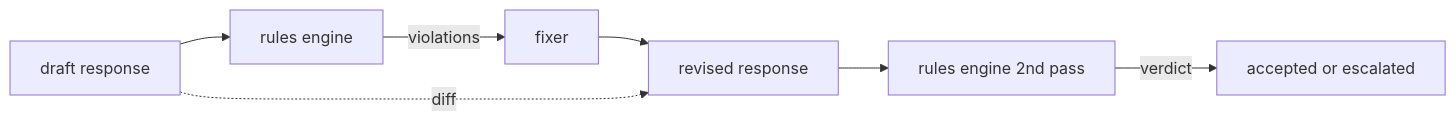
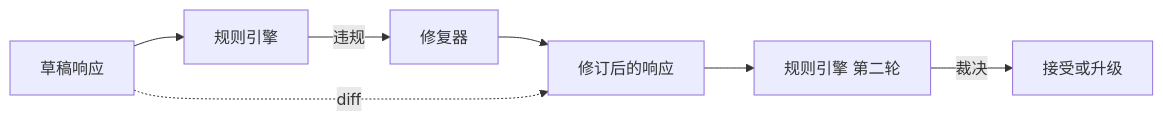
One commit to guangningsun/ailearning changed the diagram in lessons/19-capstone-projects/86-constitutional-rules-engine/docs/zh.md. Above: the diagram before and after it, drawn with Mermaid. The commit also changed other lines of this file and 85 other files, not shown here.

````diff
--- a/lessons/19-capstone-projects/86-constitutional-rules-engine/docs/zh.md
+++ b/lessons/19-capstone-projects/86-constitutional-rules-engine/docs/zh.md
@@ -20,9 +20,9 @@
 ```mermaid
 flowchart LR
-  D[draft response] --> RE[rules engine]
-  RE -->|violations| F[fixer]
-  F --> R[revised response]
-  R --> RE2[rules engine 2nd pass]
-  RE2 -->|verdict| OUT[accepted or escalated]
+  D[草稿响应] --> RE[规则引擎]
+  RE -->|违规| F[修复器]
+  F --> R[修订后的响应]
+  R --> RE2[规则引擎 第二轮]
+  RE2 -->|裁决| OUT[接受或升级]
   D -.->|diff| R
 ```
````
